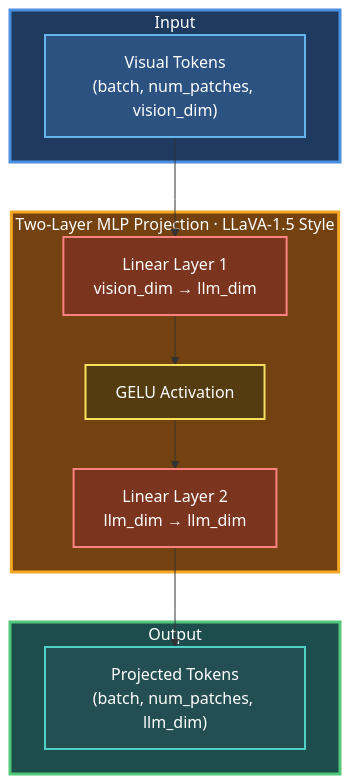
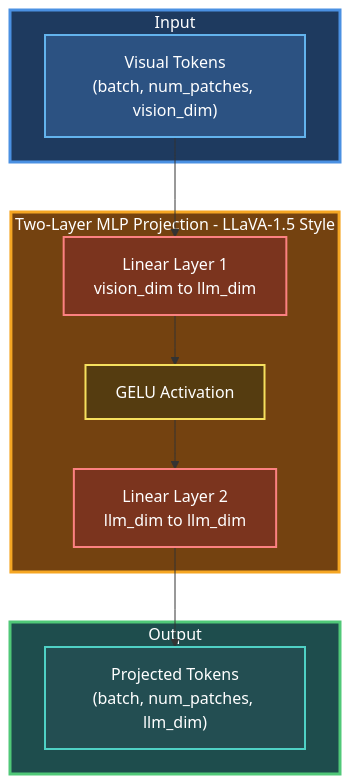
The first of 4 diagrams in _posts/2026-03-18-how-to-create-multi-modal-models-part-2.md (hinsonan/hinsonan.github.io), drawn with Mermaid before and after one commit. The commit also changed other lines of this file and 28 other files, not shown here.

```diff
--- a/_posts/2026-03-18-how-to-create-multi-modal-models-part-2.md
+++ b/_posts/2026-03-18-how-to-create-multi-modal-models-part-2.md
@@ -18,30 +18,30 @@
 <div class="mermaid">
 flowchart TB
     subgraph Input["Input"]
         VT["Visual Tokens<br/>(batch, num_patches, vision_dim)"]
     end
 
-    subgraph MLP["Two-Layer MLP Projection  ·  LLaVA-1.5 Style"]
-        L1["Linear Layer 1<br/>vision_dim → llm_dim"]
+    subgraph MLP["Two-Layer MLP Projection - LLaVA-1.5 Style"]
+        L1["Linear Layer 1<br/>vision_dim to llm_dim"]
         GELU["GELU Activation"]
-        L2["Linear Layer 2<br/>llm_dim → llm_dim"]
+        L2["Linear Layer 2<br/>llm_dim to llm_dim"]
     end
 
     subgraph Output["Output"]
         PT["Projected Tokens<br/>(batch, num_patches, llm_dim)"]
     end
 
     VT --> L1
     L1 --> GELU
     GELU --> L2
     L2 --> PT
 
     style Input fill:#1e3a5f,stroke:#4a90e2,stroke-width:3px,color:#fff
     style MLP fill:#744210,stroke:#f5a623,stroke-width:3px,color:#fff
     style Output fill:#1e4d4d,stroke:#50c878,stroke-width:3px,color:#fff
     style VT fill:#2c5282,stroke:#63b3ed,stroke-width:2px,color:#fff
     style L1 fill:#7b341e,stroke:#fc8181,stroke-width:2px,color:#fff
     style GELU fill:#553c10,stroke:#f6e05e,stroke-width:2px,color:#fff
     style L2 fill:#7b341e,stroke:#fc8181,stroke-width:2px,color:#fff
     style PT fill:#234e52,stroke:#4fd1c5,stroke-width:2px,color:#fff
 </div>
```
